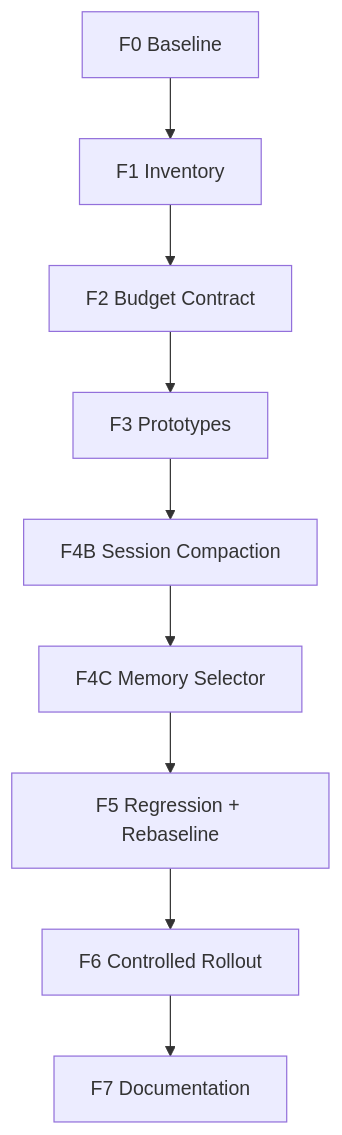
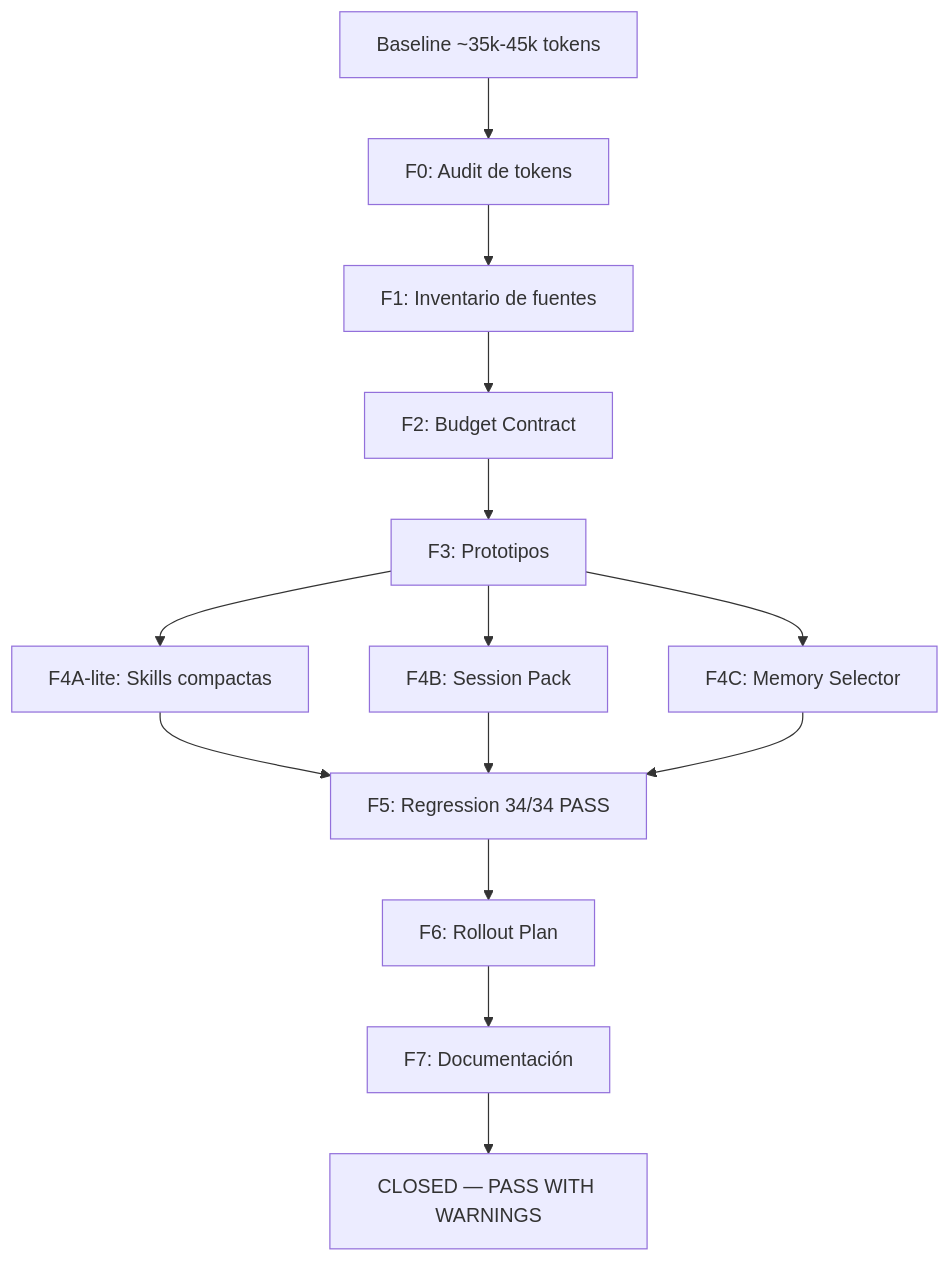
Before and after one commit to harrysxavio/opencode-architecture: the fifth of 9 diagrams in README.md, drawn with Mermaid. The commit also changed other lines of this file, not shown here.

````diff
--- a/README.md
+++ b/README.md
@@ -122,11 +283,16 @@
 ```mermaid
 flowchart TD
-  F0[F0 Baseline] --> F1[F1 Inventory]
-  F1 --> F2[F2 Budget Contract]
-  F2 --> F3[F3 Prototypes]
-  F3 --> F4B[F4B Session Compaction]
-  F4B --> F4C[F4C Memory Selector]
-  F4C --> F5[F5 Regression + Rebaseline]
-  F5 --> F6[F6 Controlled Rollout]
-  F6 --> F7[F7 Documentation]
+    B[Baseline ~35k-45k tokens] --> F0[F0: Audit de tokens]
+    F0 --> F1[F1: Inventario de fuentes]
+    F1 --> F2[F2: Budget Contract]
+    F2 --> F3[F3: Prototipos]
+    F3 --> F4A[F4A-lite: Skills compactas]
+    F3 --> F4B[F4B: Session Pack]
+    F3 --> F4C[F4C: Memory Selector]
+    F4A --> F5[F5: Regression 34/34 PASS]
+    F4B --> F5
+    F4C --> F5
+    F5 --> F6[F6: Rollout Plan]
+    F6 --> F7[F7: Documentación]
+    F7 --> C[CLOSED — PASS WITH WARNINGS]
 ```
````
